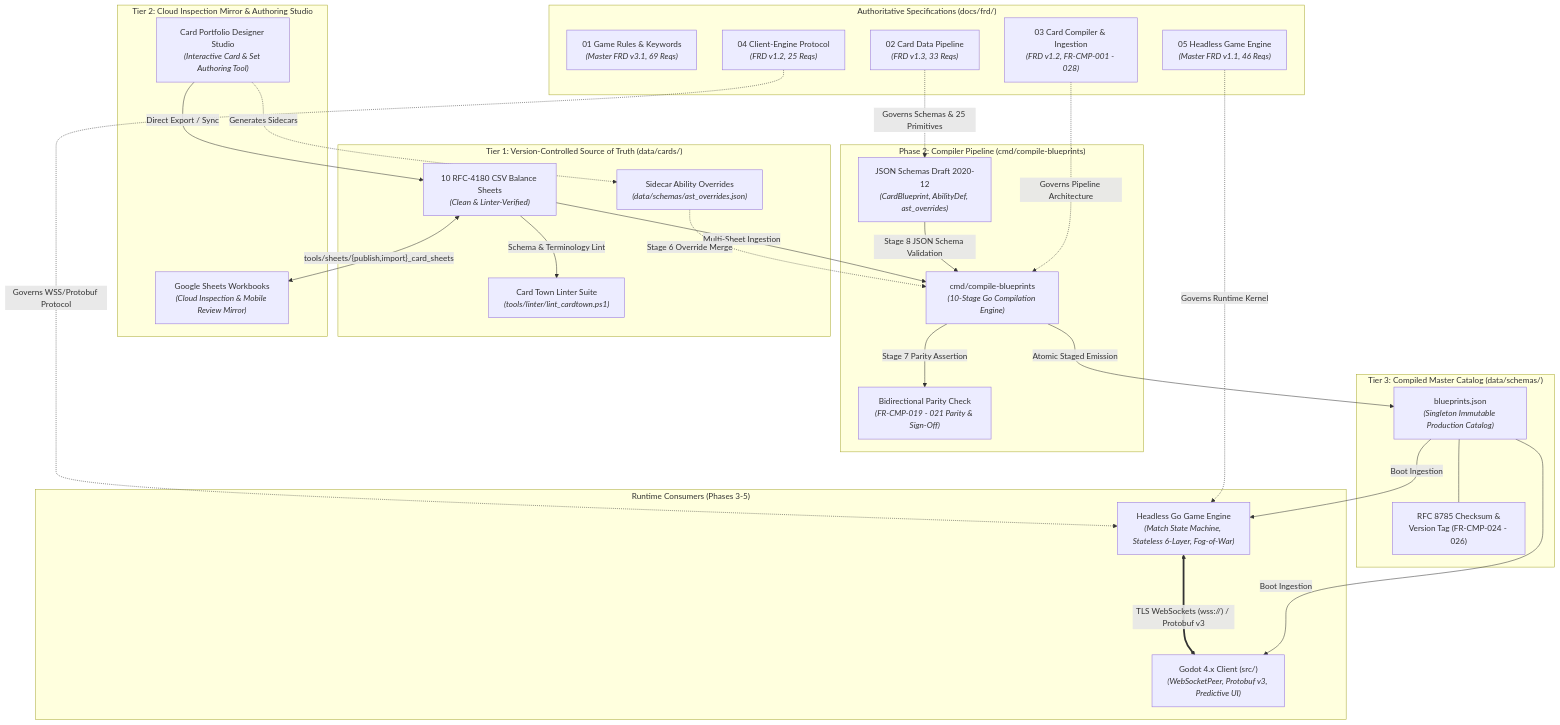
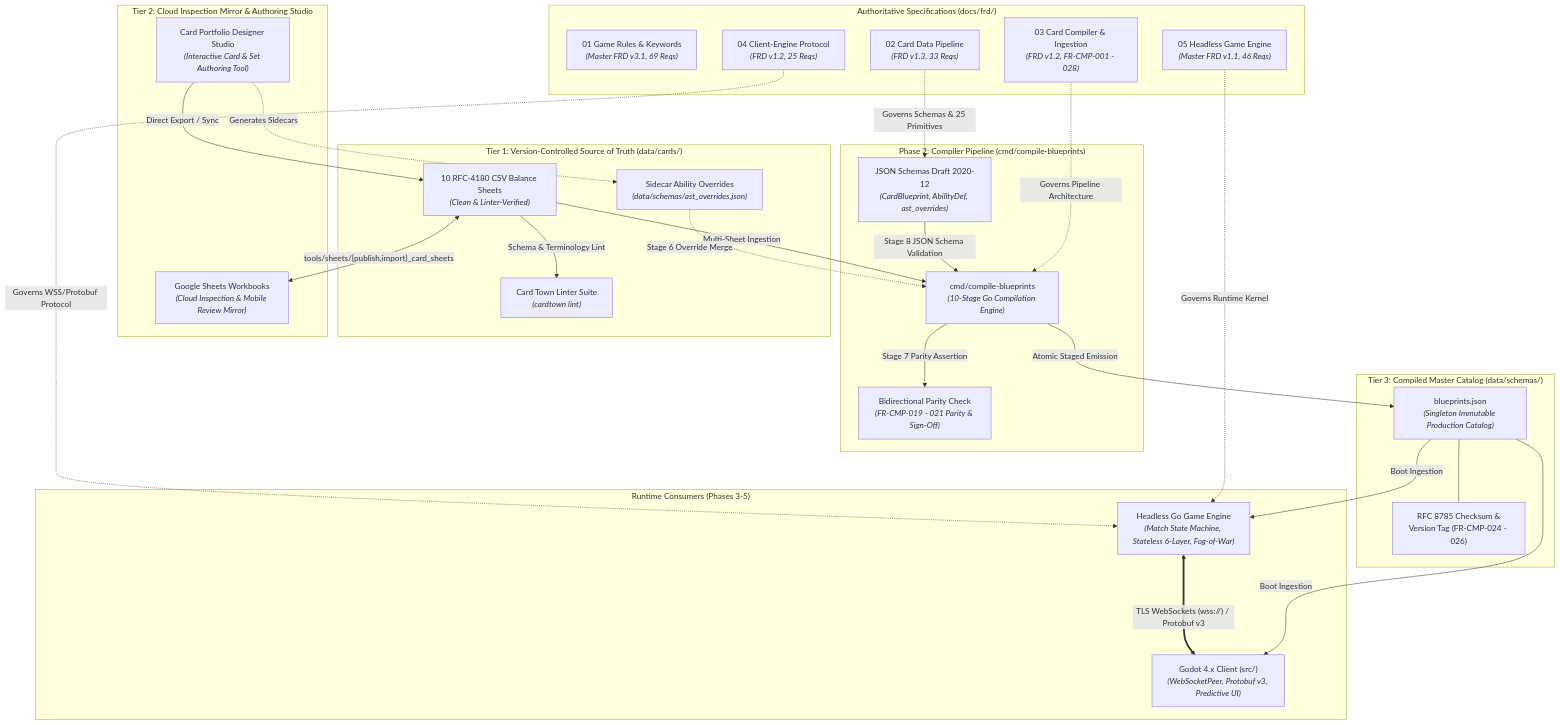
Before and after one commit to hailstorm01/animus-mundi: the first of 2 diagrams in docs/PRODUCT_SUMMARY.md, drawn with Mermaid. The commit also changed other lines of this file and 44 other files, not shown here.

````diff
--- a/docs/PRODUCT_SUMMARY.md
+++ b/docs/PRODUCT_SUMMARY.md
@@ -122,55 +124,55 @@
 ```mermaid
 flowchart TD
     subgraph Tier1["Tier 1: Version-Controlled Source of Truth (data/cards/)"]
         CSV["10 RFC-4180 CSV Balance Sheets<br/><i>(Clean & Linter-Verified)</i>"]
         Overrides["Sidecar Ability Overrides<br/><i>(data/schemas/ast_overrides.json)</i>"]
-        LinterSuite["Card Town Linter Suite<br/><i>(tools/linter/lint_cardtown.ps1)</i>"]
+        LinterSuite["Card Town Linter Suite<br/><i>(cardtown lint)</i>"]
     end
 
     subgraph Tier2["Tier 2: Cloud Inspection Mirror & Authoring Studio"]
         GS["Google Sheets Workbooks<br/><i>(Cloud Inspection & Mobile Review Mirror)</i>"]
         Studio["Card Portfolio Designer Studio<br/><i>(Interactive Card & Set Authoring Tool)</i>"]
     end
 
     subgraph Specs["Authoritative Specifications (docs/frd/)"]
         FRD_Rules["01 Game Rules & Keywords<br/><i>(Master FRD v3.1, 69 Reqs)</i>"]
         FRD_Pipe["02 Card Data Pipeline<br/><i>(FRD v1.3, 33 Reqs)</i>"]
         FRD_Comp["03 Card Compiler & Ingestion<br/><i>(FRD v1.2, FR-CMP-001 - 028)</i>"]
         FRD_Net["04 Client-Engine Protocol<br/><i>(FRD v1.2, 25 Reqs)</i>"]
         FRD_Eng["05 Headless Game Engine<br/><i>(Master FRD v1.1, 46 Reqs)</i>"]
     end
 
     subgraph Compiler["Phase 2: Compiler Pipeline (cmd/compile-blueprints)"]
         Pipeline["cmd/compile-blueprints<br/><i>(10-Stage Go Compilation Engine)</i>"]
         Schemas["JSON Schemas Draft 2020-12<br/><i>(CardBlueprint, AbilityDef, ast_overrides)</i>"]
         Parity["Bidirectional Parity Check<br/><i>(FR-CMP-019 - 021 Parity & Sign-Off)</i>"]
     end
 
     subgraph Tier3["Tier 3: Compiled Master Catalog (data/schemas/)"]
         MasterJSON["blueprints.json<br/><i>(Singleton Immutable Production Catalog)</i>"]
         Fingerprint["RFC 8785 Checksum &<br/>Version Tag (FR-CMP-024 - 026)"]
     end
 
     subgraph Runtime["Runtime Consumers (Phases 3-5)"]
         Server["Headless Go Game Engine<br/><i>(Match State Machine, Stateless 6-Layer, Fog-of-War)</i>"]
         Client["Godot 4.x Client (src/)<br/><i>(WebSocketPeer, Protobuf v3, Predictive UI)</i>"]
     end
 
     CSV <-->|"tools/sheets/{publish,import}_card_sheets"| GS
     Studio -->|"Direct Export / Sync"| CSV
     Studio -.->|"Generates Sidecars"| Overrides
     CSV -->|"Schema & Terminology Lint"| LinterSuite
     CSV -->|"Multi-Sheet Ingestion"| Pipeline
     Overrides -.->|"Stage 6 Override Merge"| Pipeline
     FRD_Pipe -.->|"Governs Schemas & 25 Primitives"| Schemas
     FRD_Comp -.->|"Governs Pipeline Architecture"| Pipeline
     FRD_Eng -.->|"Governs Runtime Kernel"| Server
     FRD_Net -.->|"Governs WSS/Protobuf Protocol"| Server
     Schemas -->|"Stage 8 JSON Schema Validation"| Pipeline
     Pipeline -->|"Stage 7 Parity Assertion"| Parity
     Pipeline -->|"Atomic Staged Emission"| MasterJSON
     MasterJSON --- Fingerprint
     MasterJSON -->|"Boot Ingestion"| Server
     MasterJSON -->|"Boot Ingestion"| Client
     Server <===>|"TLS WebSockets (wss://) / Protobuf v3"| Client
 ```
````
